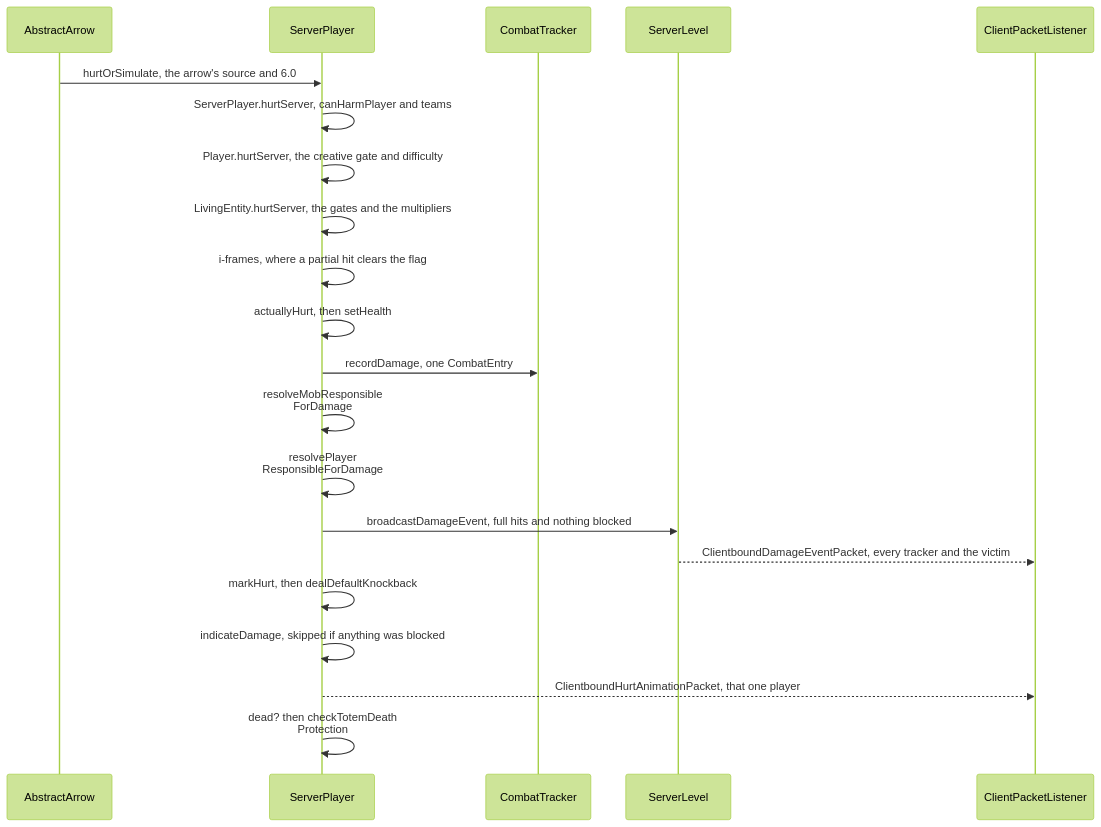
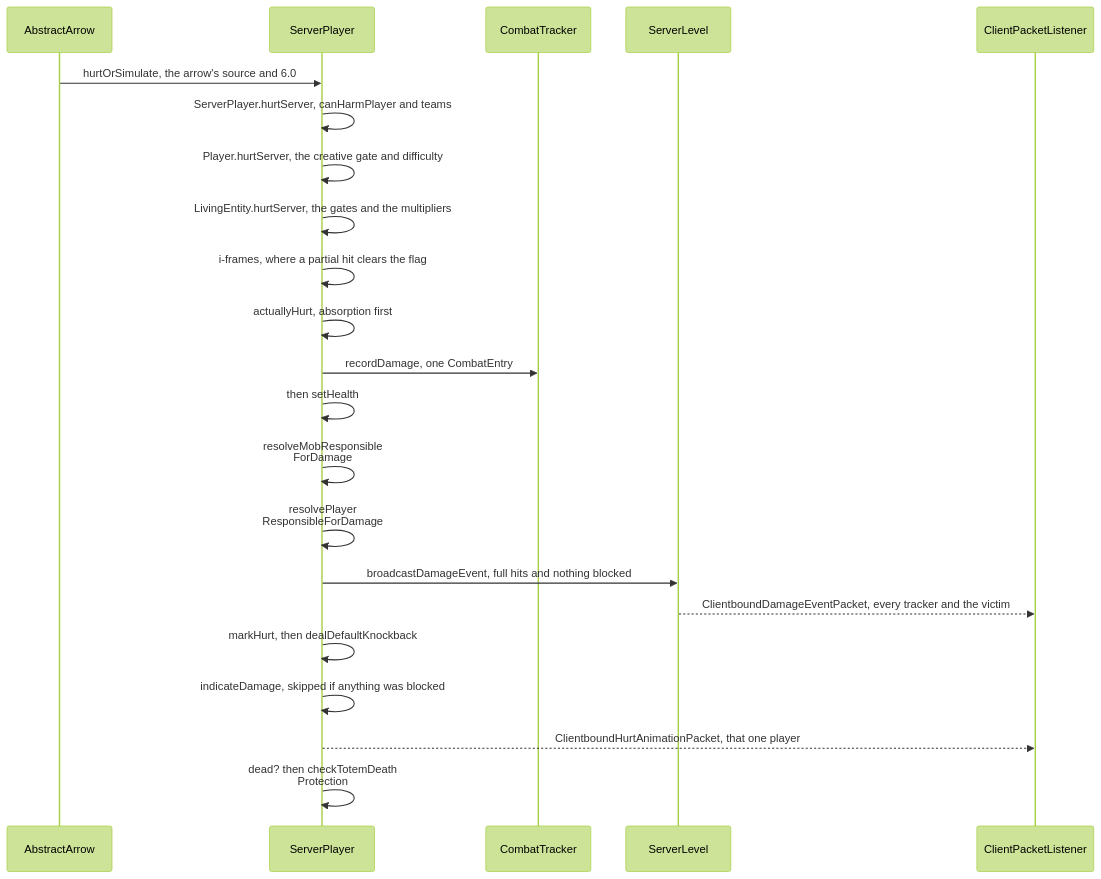
Before and after one commit to AlexanderjFraser/MinecraftDocs: the second of 3 diagrams in src/systems/entities/damage-and-death.md, drawn with Mermaid (forest theme). The commit also changed other lines of this file and 21 other files, not shown here.

````diff
--- a/src/systems/entities/damage-and-death.md
+++ b/src/systems/entities/damage-and-death.md
@@ -267,24 +271,25 @@
 ```mermaid
 sequenceDiagram
     participant AA as AbstractArrow
     participant SP as ServerPlayer
     participant CT as CombatTracker
     participant SL as ServerLevel
     participant CPL as ClientPacketListener
 
     AA->>SP: hurtOrSimulate, the arrow's source and 6.0
     SP->>SP: ServerPlayer.hurtServer, canHarmPlayer and teams
     SP->>SP: Player.hurtServer, the creative gate and difficulty
     SP->>SP: LivingEntity.hurtServer, the gates and the multipliers
     SP->>SP: i-frames, where a partial hit clears the flag
-    SP->>SP: actuallyHurt, then setHealth
+    SP->>SP: actuallyHurt, absorption first
     SP->>CT: recordDamage, one CombatEntry
+    SP->>SP: then setHealth
     SP->>SP: resolveMobResponsible<br/>ForDamage
     SP->>SP: resolvePlayer<br/>ResponsibleForDamage
     SP->>SL: broadcastDamageEvent, full hits and nothing blocked
     SL-->>CPL: ClientboundDamageEventPacket, every tracker and the victim
     SP->>SP: markHurt, then dealDefaultKnockback
     SP->>SP: indicateDamage, skipped if anything was blocked
     SP-->>CPL: ClientboundHurtAnimationPacket, that one player
     SP->>SP: dead? then checkTotemDeath<br/>Protection
 ```
````
